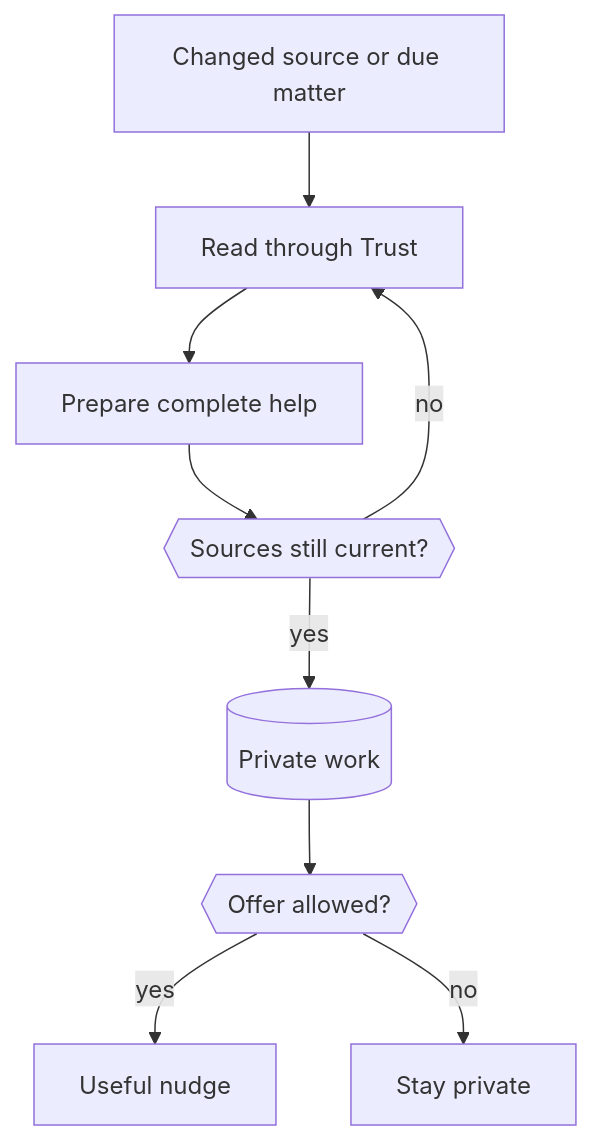
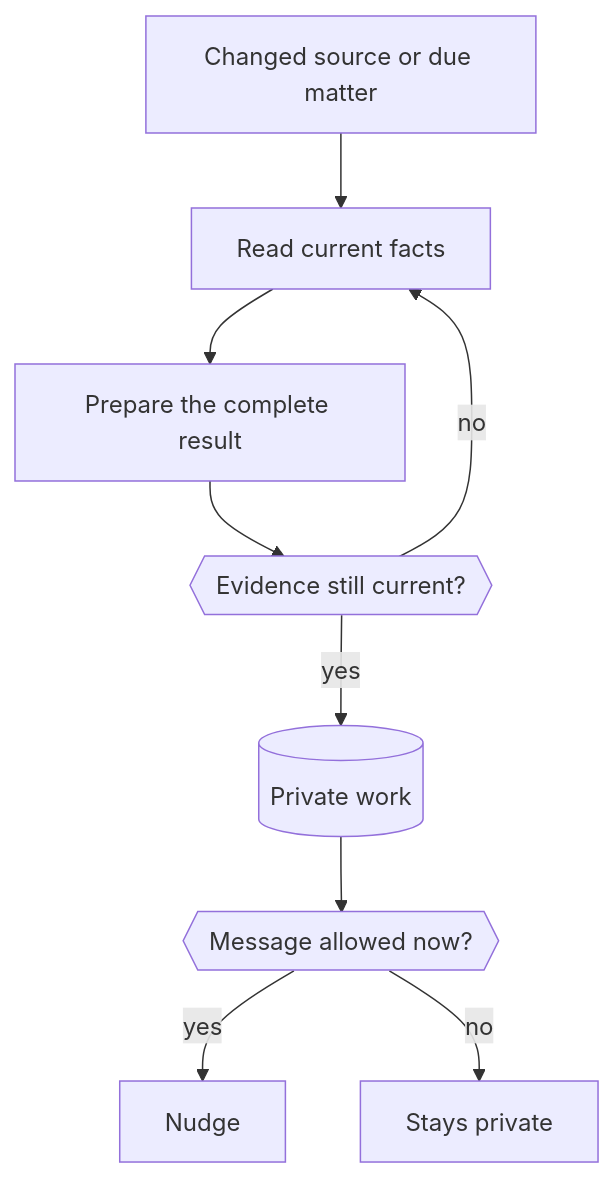
Before and after one commit to n8n-io/nod: the diagram in docs/src/content/docs/how-it-works/proactivity.md, drawn with Mermaid. The commit also changed other lines of this file and 42 other files, not shown here.

First line of the commit message:
feat(proactivity): read every connected app and drop message counts

````diff
--- a/docs/src/content/docs/how-it-works/proactivity.md
+++ b/docs/src/content/docs/how-it-works/proactivity.md
@@ -39,11 +14,11 @@
 ```mermaid
 flowchart TD
-  signal[Changed source or due matter]:::muted --> read[Read through Trust]:::go
-  read --> prepare[Prepare complete help]:::accent
-  prepare --> fresh{{Sources still current?}}
+  signal[Changed source or due matter]:::muted --> read[Read current facts]:::go
+  read --> prepare[Prepare the complete result]:::accent
+  prepare --> fresh{{Evidence still current?}}
   fresh -- no --> read
   fresh -- yes --> saved[(Private work)]
-  saved --> allowed{{Offer allowed?}}
-  allowed -- yes --> nudge[Useful nudge]:::go
-  allowed -- no --> quiet[Stay private]:::muted
+  saved --> allowed{{Message allowed now?}}
+  allowed -- yes --> nudge[Nudge]:::go
+  allowed -- no --> quiet[Stays private]:::muted
 ```
````
